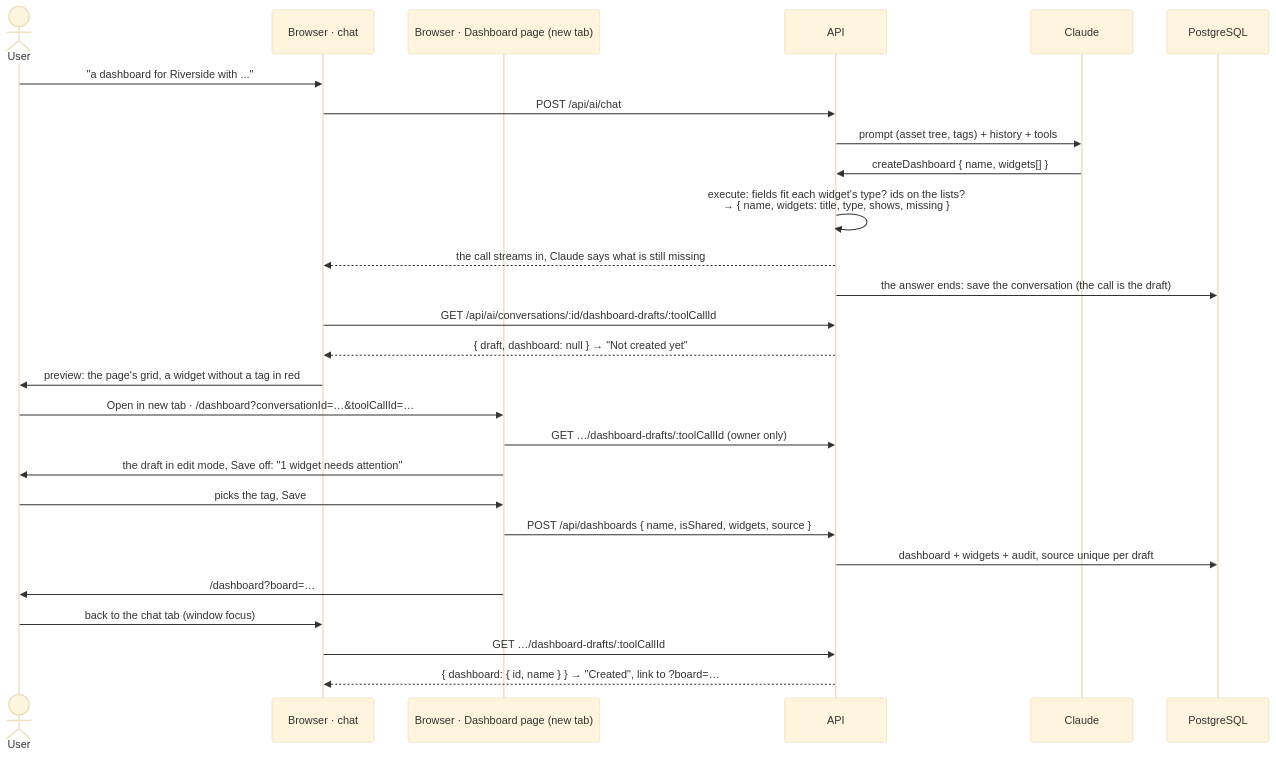
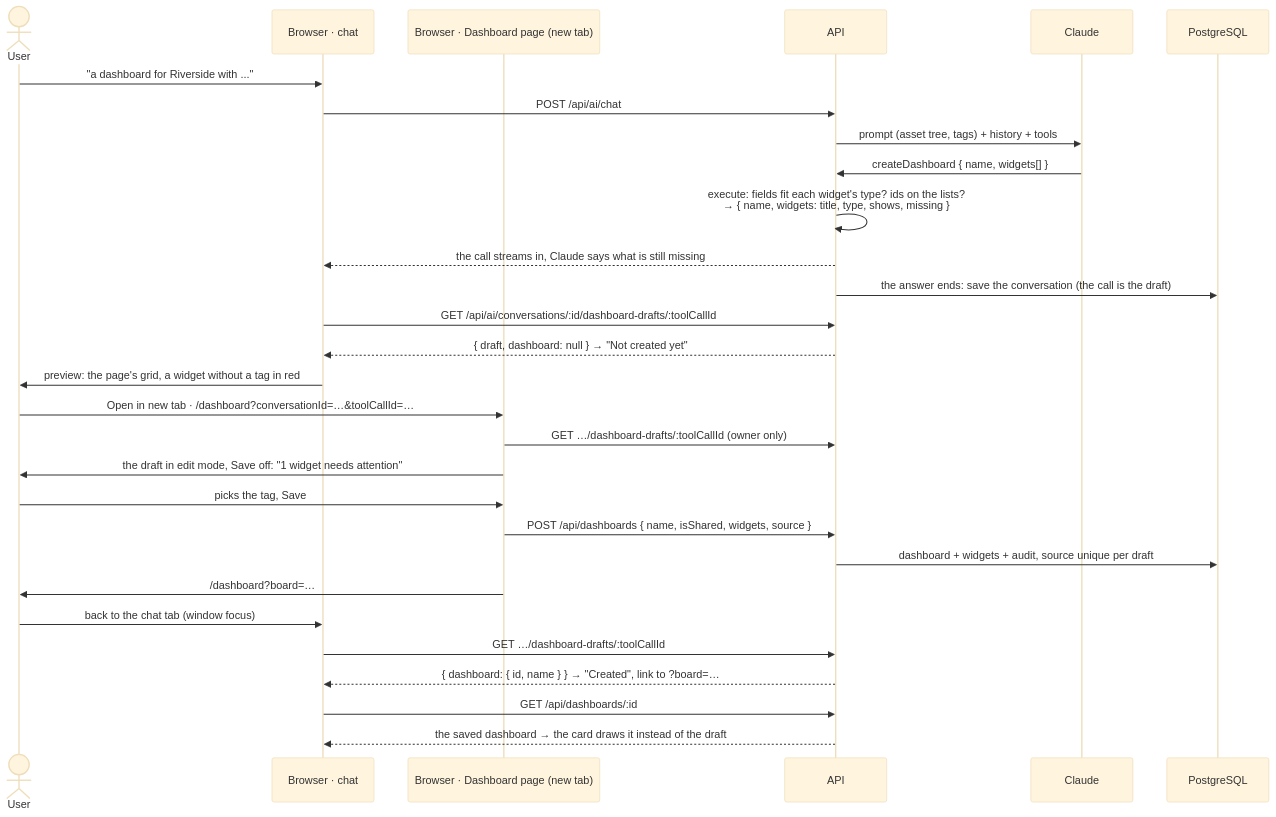
One commit to Slaven1996/gen_ui changed the fifth of 5 diagrams in docs/ai-assistant-flow.md. Above: the diagram before and after it, drawn with Mermaid (base theme). The commit also changed other lines of this file and 4 other files, not shown here.

````diff
--- a/docs/ai-assistant-flow.md
+++ b/docs/ai-assistant-flow.md
@@ -284,30 +284,32 @@
 ```mermaid
 sequenceDiagram
   actor User
   participant Chat as Browser · chat
   participant Page as Browser · Dashboard page (new tab)
   participant API as API
   participant Claude
   participant DB as PostgreSQL
 
   User->>Chat: "a dashboard for Riverside with ..."
   Chat->>API: POST /api/ai/chat
   API->>Claude: prompt (asset tree, tags) + history + tools
   Claude->>API: createDashboard { name, widgets[] }
   API->>API: execute: fields fit each widget's type? ids on the lists?<br/>→ { name, widgets: title, type, shows, missing }
   API-->>Chat: the call streams in, Claude says what is still missing
   API->>DB: the answer ends: save the conversation (the call is the draft)
   Chat->>API: GET /api/ai/conversations/:id/dashboard-drafts/:toolCallId
   API-->>Chat: { draft, dashboard: null } → "Not created yet"
   Chat->>User: preview: the page's grid, a widget without a tag in red
   User->>Page: Open in new tab · /dashboard?conversationId=…&toolCallId=…
   Page->>API: GET …/dashboard-drafts/:toolCallId (owner only)
   Page->>User: the draft in edit mode, Save off: "1 widget needs attention"
   User->>Page: picks the tag, Save
   Page->>API: POST /api/dashboards { name, isShared, widgets, source }
   API->>DB: dashboard + widgets + audit, source unique per draft
   Page->>User: /dashboard?board=…
   User->>Chat: back to the chat tab (window focus)
   Chat->>API: GET …/dashboard-drafts/:toolCallId
   API-->>Chat: { dashboard: { id, name } } → "Created", link to ?board=…
+  Chat->>API: GET /api/dashboards/:id
+  API-->>Chat: the saved dashboard → the card draws it instead of the draft
 ```
````
